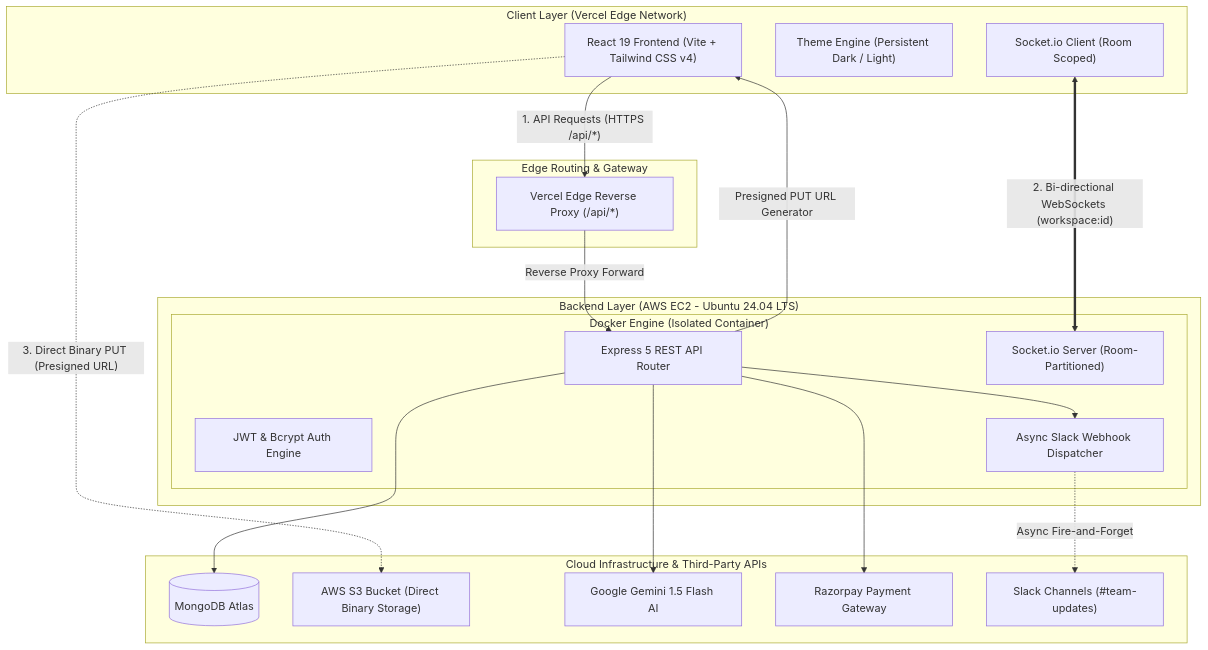
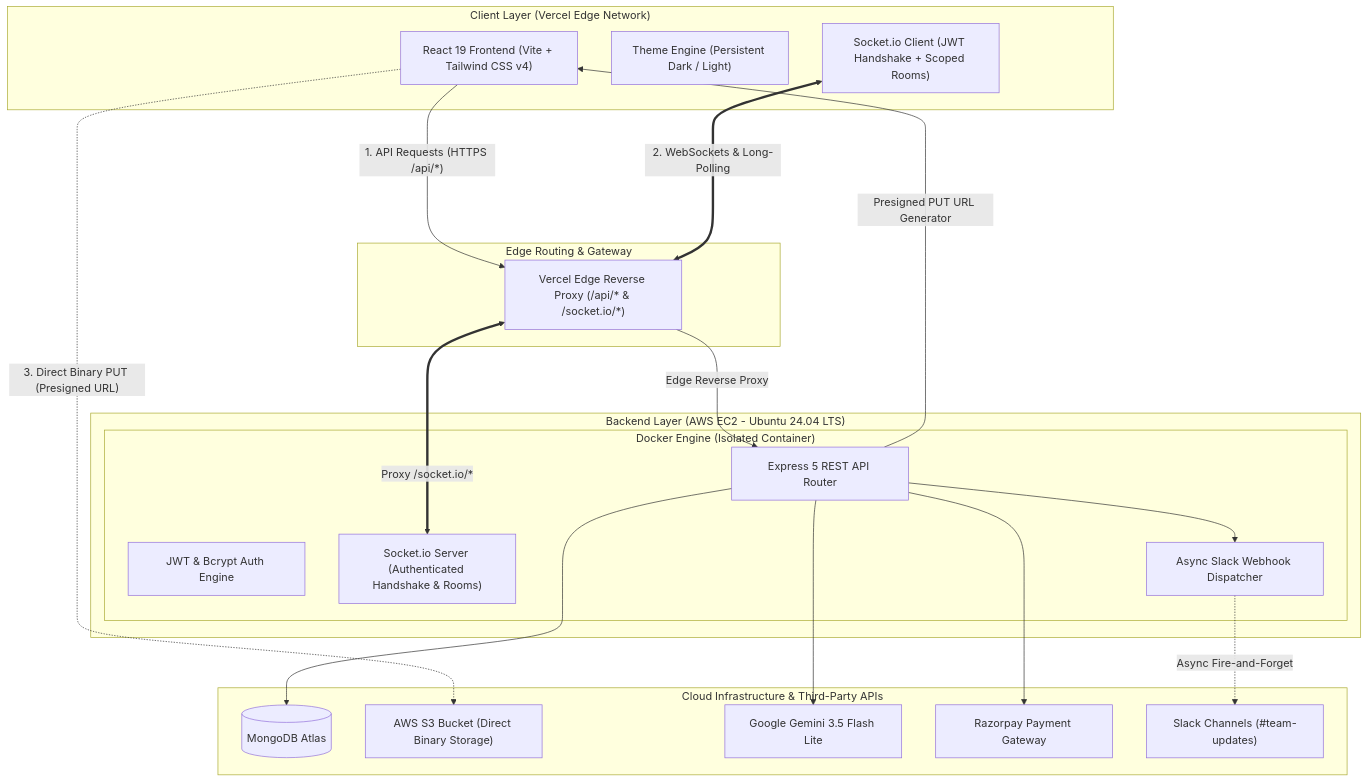
One commit to Ritik-7032/collabDesk changed the diagram in README.md. Above: the diagram before and after it, drawn with Mermaid. The commit also changed other lines of this file and 10 other files, not shown here.

Commit message:
docs: embed production UI screenshots, document exact Gemini 3.5 model, add Socket JWT auth & S3 size limits

````diff
--- a/README.md
+++ b/README.md
@@ -28,41 +32,42 @@
 ```mermaid
 flowchart TD
     subgraph ClientLayer ["Client Layer (Vercel Edge Network)"]
         Client["React 19 Frontend (Vite + Tailwind CSS v4)"]
         Theme["Theme Engine (Persistent Dark / Light)"]
-        SocketClient["Socket.io Client (Room Scoped)"]
+        SocketClient["Socket.io Client (JWT Handshake + Scoped Rooms)"]
     end
     
     subgraph ProxyGateway ["Edge Routing & Gateway"]
-        VercelProxy["Vercel Edge Reverse Proxy (/api/*)"]
+        VercelProxy["Vercel Edge Reverse Proxy (/api/* & /socket.io/*)"]
     end
 
     subgraph CloudServer ["Backend Layer (AWS EC2 - Ubuntu 24.04 LTS)"]
         subgraph DockerContainer ["Docker Engine (Isolated Container)"]
             Router["Express 5 REST API Router"]
             AuthEngine["JWT & Bcrypt Auth Engine"]
-            SocketEngine["Socket.io Server (Room-Partitioned)"]
+            SocketEngine["Socket.io Server (Authenticated Handshake & Rooms)"]
             SlackWorker["Async Slack Webhook Dispatcher"]
         end
     end
     
     subgraph DataServices ["Cloud Infrastructure & Third-Party APIs"]
         MongoDB[(MongoDB Atlas)]
         S3["AWS S3 Bucket (Direct Binary Storage)"]
-        Gemini["Google Gemini 1.5 Flash AI"]
+        Gemini["Google Gemini 3.5 Flash Lite"]
         Razorpay["Razorpay Payment Gateway"]
         Slack["Slack Channels (#team-updates)"]
     end
 
     Client -- "1. API Requests (HTTPS /api/*)" --> VercelProxy
-    VercelProxy -- "Reverse Proxy Forward" --> Router
-    SocketClient <===>|"2. Bi-directional WebSockets (workspace:id)"| SocketEngine
+    VercelProxy -- "Edge Reverse Proxy" --> Router
+    SocketClient <===>|"2. WebSockets & Long-Polling"| VercelProxy
+    VercelProxy <===>|"Proxy /socket.io/*"| SocketEngine
     Client -.->|"3. Direct Binary PUT (Presigned URL)"| S3
     
     Router --> MongoDB
     Router --> Gemini
     Router --> Razorpay
     Router -- "Presigned PUT URL Generator" --> Client
     Router --> SlackWorker
     SlackWorker -.->|"Async Fire-and-Forget"| Slack
 ```
````
